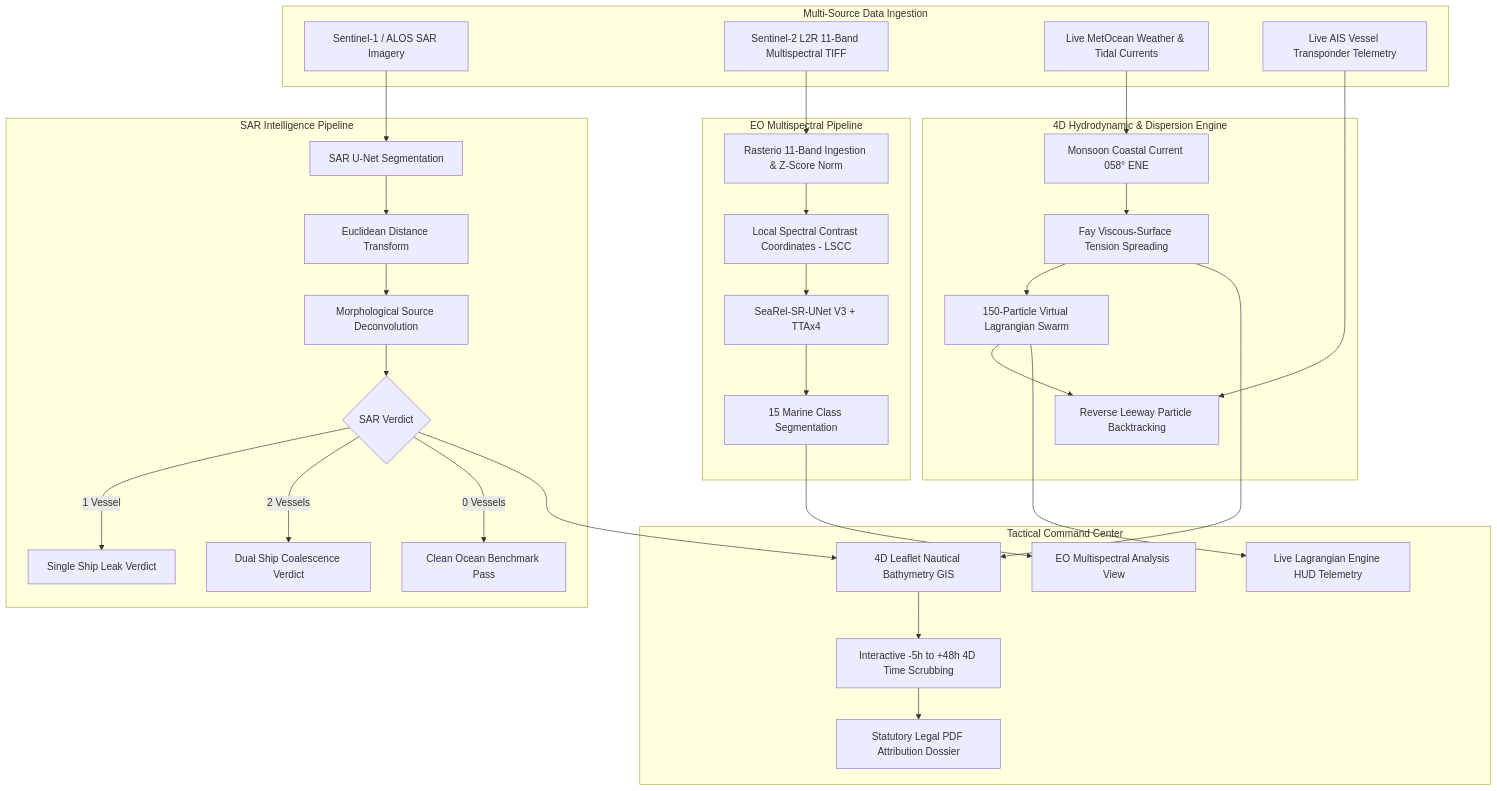
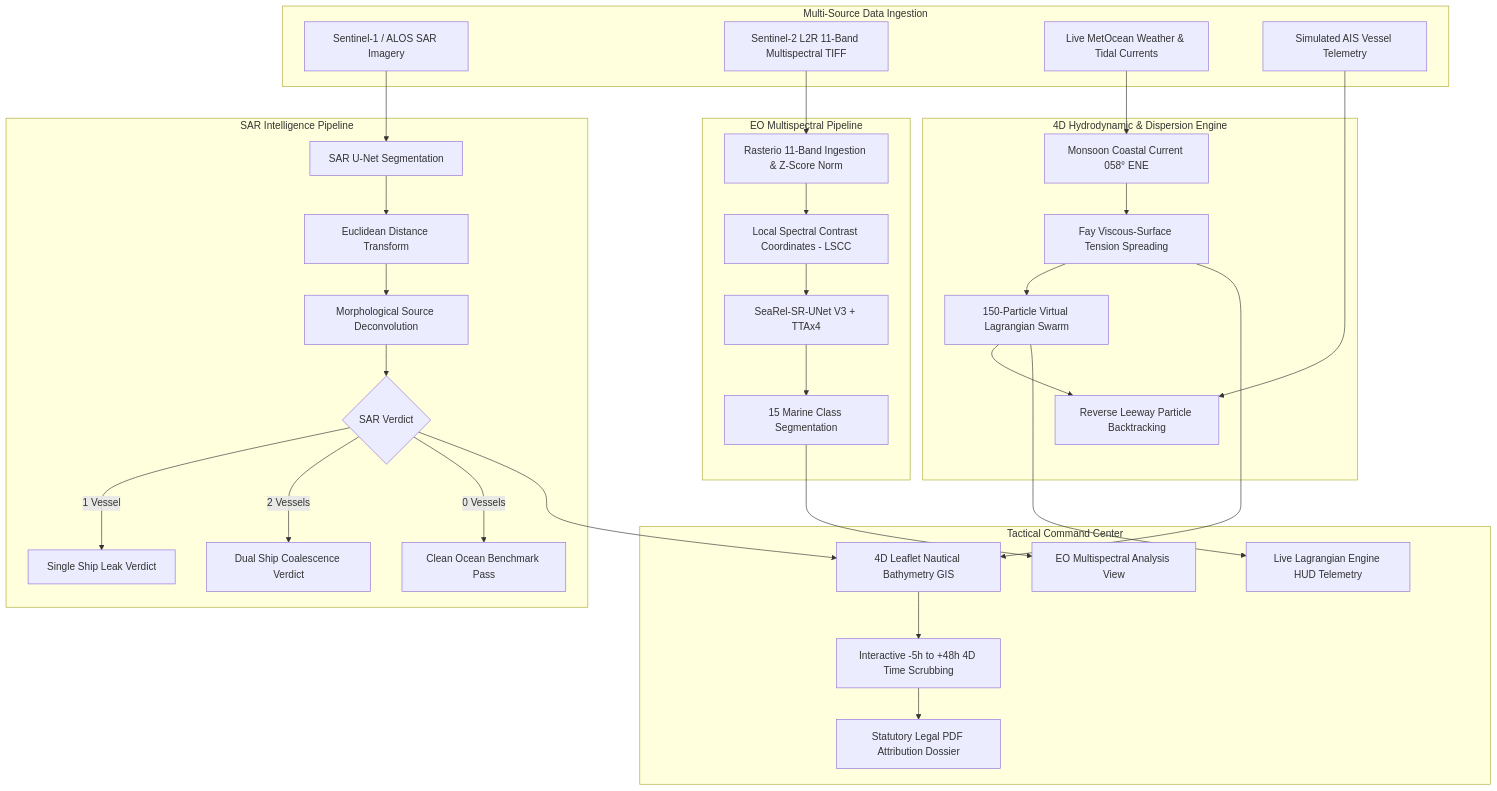
Before and after one commit to monesh-10/SpillTheory: the diagram in README.md, drawn with Mermaid. The commit also changed other lines of this file and 23 other files, not shown here.

````diff
--- a/README.md
+++ b/README.md
@@ -33,54 +31,54 @@
 ```mermaid
 flowchart TD
     subgraph Data_Ingestion [Multi-Source Data Ingestion]
         SAR[Sentinel-1 / ALOS SAR Imagery]
         EO[Sentinel-2 L2R 11-Band Multispectral TIFF]
         MET[Live MetOcean Weather & Tidal Currents]
-        AIS[Live AIS Vessel Transponder Telemetry]
+        AIS[Simulated AIS Vessel Telemetry]
     end
 
     subgraph SAR_Pipeline [SAR Intelligence Pipeline]
         UNET[SAR U-Net Segmentation]
         EDT[Euclidean Distance Transform]
         TOPO[Morphological Source Deconvolution]
         CLASS{SAR Verdict}
         UNET --> EDT --> TOPO --> CLASS
         CLASS -->|1 Vessel| SINGLE[Single Ship Leak Verdict]
         CLASS -->|2 Vessels| DUAL[Dual Ship Coalescence Verdict]
         CLASS -->|0 Vessels| CLEAN[Clean Ocean Benchmark Pass]
     end
 
     subgraph EO_Pipeline [EO Multispectral Pipeline]
         PRE[Rasterio 11-Band Ingestion & Z-Score Norm]
         LSCC[Local Spectral Contrast Coordinates - LSCC]
         SEAREL[SeaRel-SR-UNet V3 + TTAx4]
         CLASSES[15 Marine Class Segmentation]
         PRE --> LSCC --> SEAREL --> CLASSES
     end
 
     subgraph Hydro_Physics [4D Hydrodynamic & Dispersion Engine]
         DRIFT[Monsoon Coastal Current 058° ENE]
         FAY[Fay Viscous-Surface Tension Spreading]
         LAGRANGE[150-Particle Virtual Lagrangian Swarm]
         HINDCAST[Reverse Leeway Particle Backtracking]
         DRIFT --> FAY --> LAGRANGE --> HINDCAST
     end
 
     subgraph Digital_Twin [Tactical Command Center]
         MAP[4D Leaflet Nautical Bathymetry GIS]
         EOVIEW[EO Multispectral Analysis View]
         TIMELINE[Interactive -5h to +48h 4D Time Scrubbing]
         HUD[Live Lagrangian Engine HUD Telemetry]
         PDF[Statutory Legal PDF Attribution Dossier]
     end
 
     SAR --> UNET
     EO --> PRE
     MET --> DRIFT
     AIS --> HINDCAST
     CLASS --> MAP
     CLASSES --> EOVIEW
     FAY --> MAP
     LAGRANGE --> HUD
     MAP --> TIMELINE --> PDF
 ```
````
